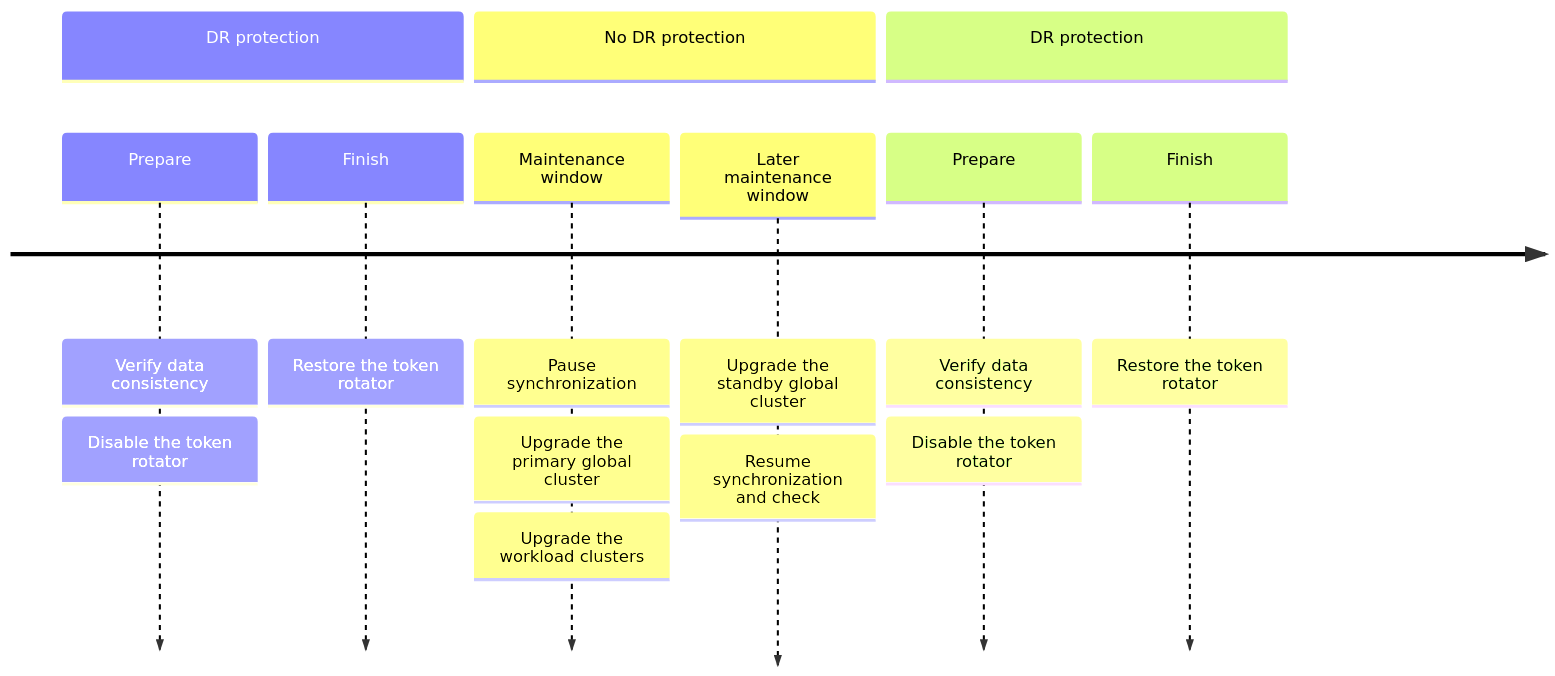
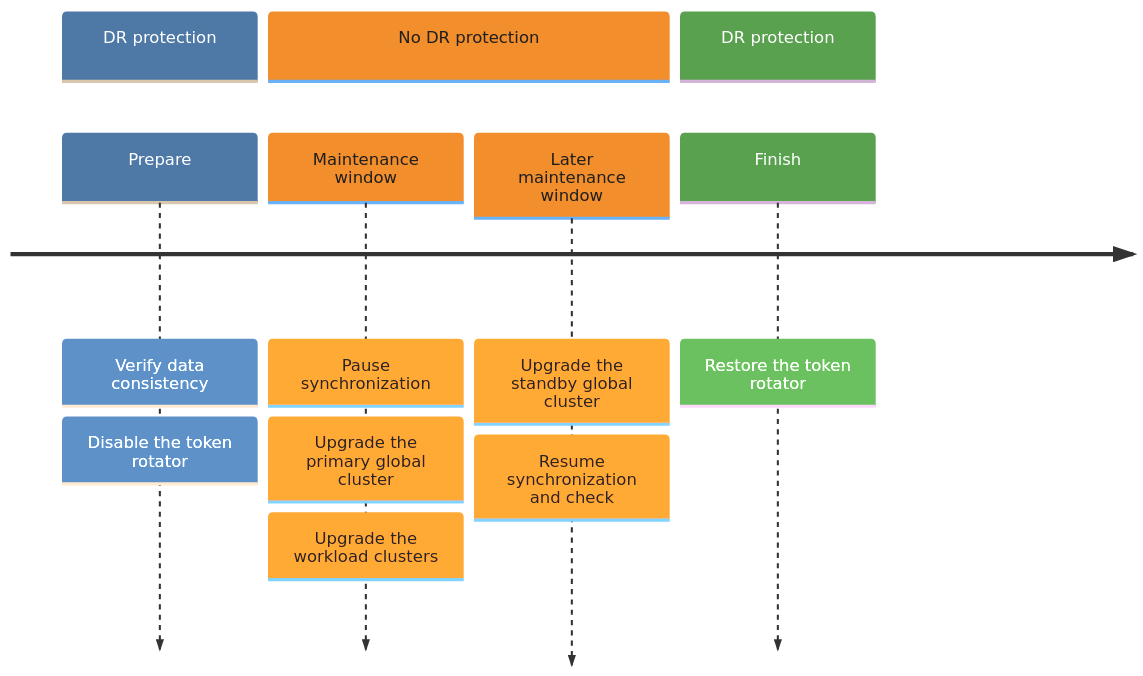
One commit to alauda/acp-docs changed the diagram in docs/en/upgrade/global/upgrade_global_dr_deferred_standby.mdx. Above: the diagram before and after it, drawn with Mermaid.

Commit message:
docs(upgrade): keep the two dr protection stages separate in the timeline
Mermaid merges timeline sections that have the same name, so the site
showed three columns with Prepare and Finish repeated. Give the last
section a distinct name and set the section colors.

````diff
--- a/docs/en/upgrade/global/upgrade_global_dr_deferred_standby.mdx
+++ b/docs/en/upgrade/global/upgrade_global_dr_deferred_standby.mdx
@@ -10,10 +10,22 @@
 ```mermaid
+---
+config:
+  theme: base
+  themeVariables:
+    cScale0: "#4e79a7"
+    cScaleLabel0: "#ffffff"
+    cScale1: "#f28e2b"
+    cScaleLabel1: "#1f1f1f"
+    cScale2: "#59a14f"
+    cScaleLabel2: "#ffffff"
+---
 timeline
     section DR protection
         Prepare : Verify data consistency : Disable the token rotator
     section No DR protection
         Maintenance window : Pause synchronization : Upgrade the primary global cluster : Upgrade the workload clusters
         Later maintenance window : Upgrade the standby global cluster : Resume synchronization and check
-    section DR protection
+    %% Two spaces: mermaid merges sections that have the same name.
+    section DR  protection
         Finish : Restore the token rotator
 ```
````
